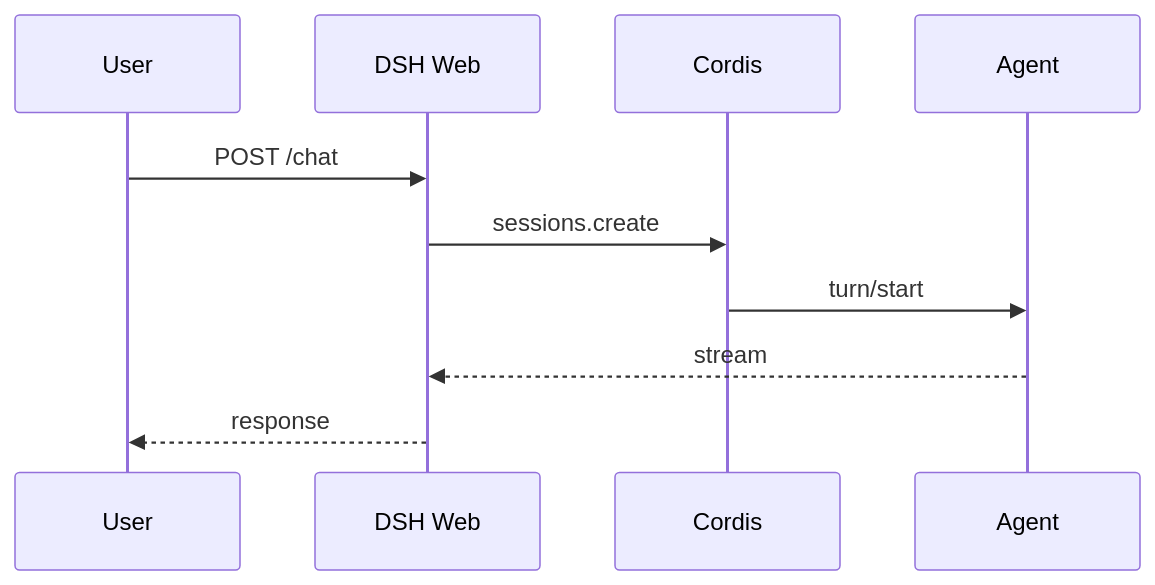
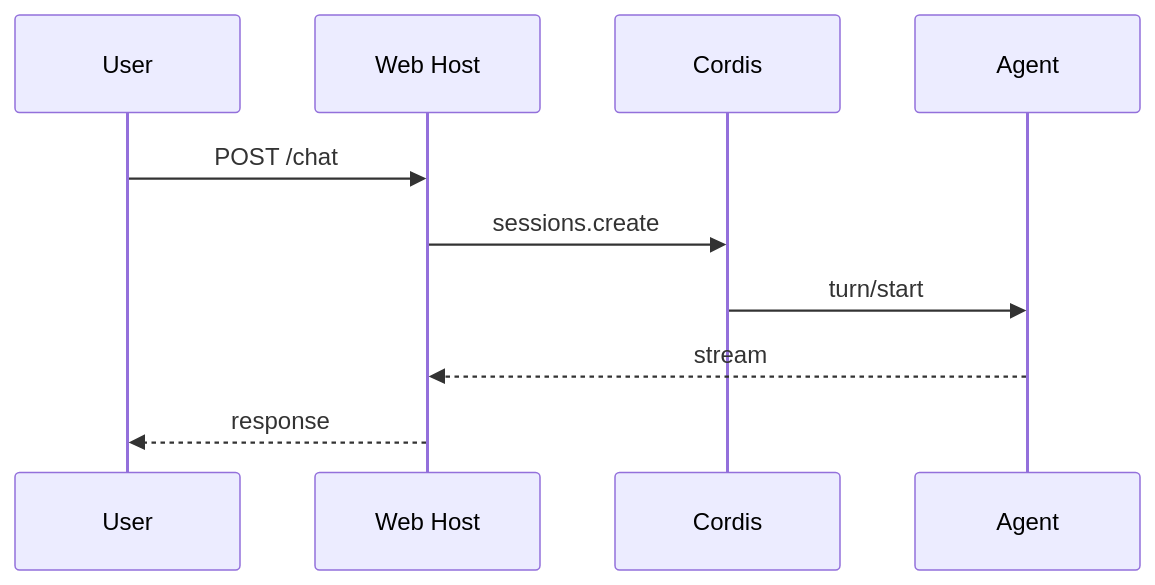
The second of 5 diagrams in skills/diagram-studio/references/cheatsheet.md (ddtcorex/maestro-skills), drawn with Mermaid before and after one commit. The commit also changed 26 other files, not shown here.

````diff
--- a/skills/diagram-studio/references/cheatsheet.md
+++ b/skills/diagram-studio/references/cheatsheet.md
@@ -24,12 +24,12 @@
 ```mermaid
 sequenceDiagram
   participant U as User
-  participant W as DSH Web
+  participant W as Web Host
   participant C as Cordis
   participant A as Agent
   U->>W: POST /chat
   W->>C: sessions.create
   C->>A: turn/start
   A-->>W: stream
   W-->>U: response
 ```
````
